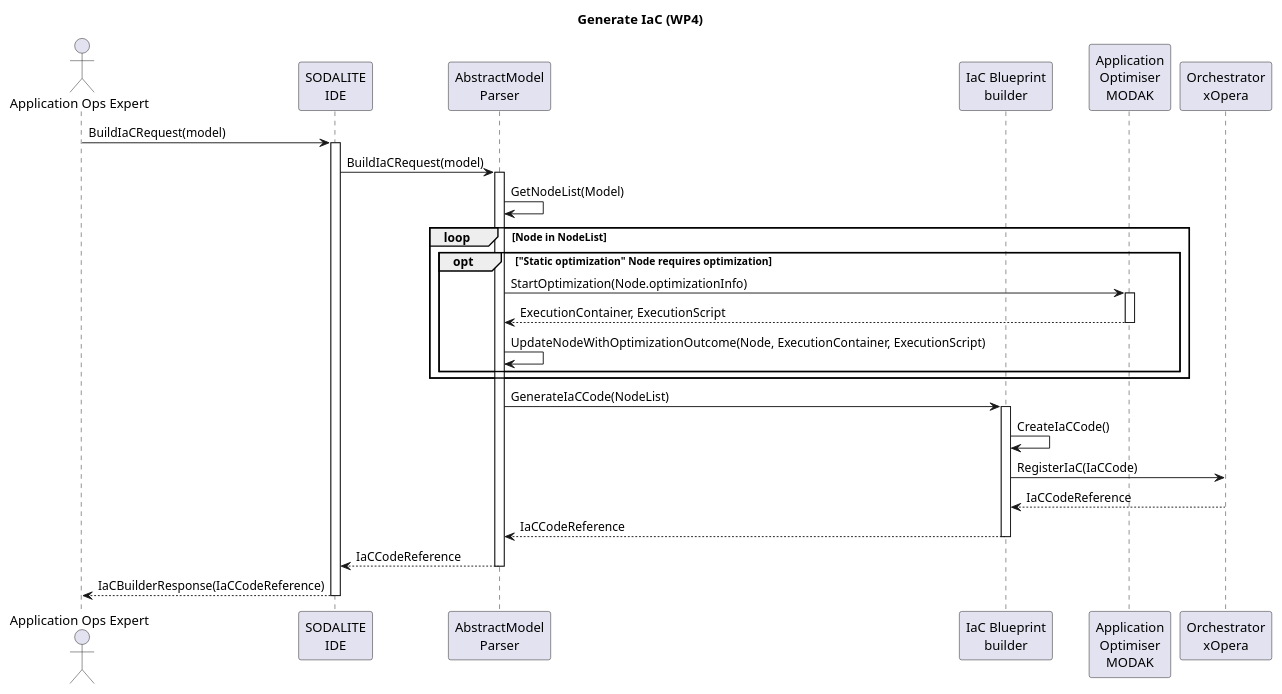
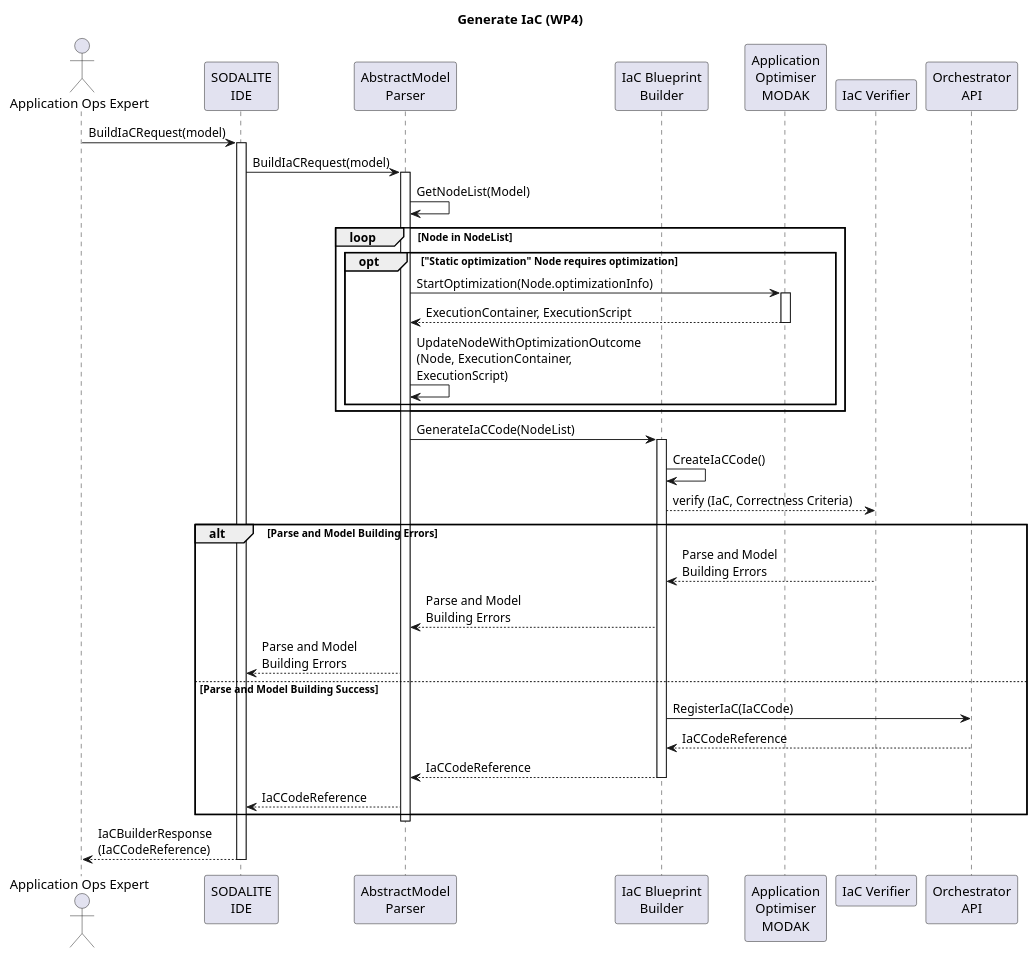
The diagram in uml/sequence-diagrams/UC-03-GenerateIaCcode-WP4.puml (SODALITE-EU/project-wide-documentation), drawn with PlantUML before and after one commit.

Commit message:
UC3 add verifier

```diff
--- a/uml/sequence-diagrams/UC-03-GenerateIaCcode-WP4.puml
+++ b/uml/sequence-diagrams/UC-03-GenerateIaCcode-WP4.puml
@@ -1,52 +1,59 @@
 @startuml
 title Generate IaC (WP4)
 
 'Define user actors
 actor "Application Ops Expert"  as AppOpsExp
 participant "SODALITE\nIDE" as IDE
 participant "AbstractModel\nParser" as SAPC
-participant "IaC Blueprint\nbuilder" as SBBC
+participant "IaC Blueprint\nBuilder" as SBBC
 participant "Application\nOptimiser\nMODAK" as SPOC
-participant "Orchestrator\nxOpera" as orch
+participant "IaC Verifier" as iacv
+participant "Orchestrator\nAPI" as orch
 
 AppOpsExp->IDE: BuildIaCRequest(model)
 
 activate IDE
 
 IDE->SAPC: BuildIaCRequest(model)
 
 activate SAPC
 'prepare a workable node list of the model  - flatten the relationship three
 SAPC->SAPC: GetNodeList(Model)
 
 'Main loop - go through the abstract nodes list
 loop Node in NodeList
 
 
     opt "Static optimization" Node requires optimization
         SAPC->SPOC: StartOptimization(Node.optimizationInfo)
         activate SPOC
         SPOC-->SAPC: ExecutionContainer, ExecutionScript
         deactivate SPOC
-        SAPC->SAPC: UpdateNodeWithOptimizationOutcome(Node, ExecutionContainer, ExecutionScript)
+        SAPC->SAPC: UpdateNodeWithOptimizationOutcome\n(Node, ExecutionContainer,\nExecutionScript)
     end
 
 end
-
 SAPC->SBBC: GenerateIaCCode(NodeList)
 activate SBBC
 SBBC->SBBC: CreateIaCCode()
-SBBC->orch: RegisterIaC(IaCCode)
-orch-->SBBC: IaCCodeReference
-SBBC-->SAPC: IaCCodeReference
+SBBC --> iacv: verify (IaC, Correctness Criteria)
+alt Parse and Model Building Errors
+    iacv --> SBBC: Parse and Model\nBuilding Errors
+    SBBC --> SAPC: Parse and Model\nBuilding Errors
+    SAPC --> IDE: Parse and Model\nBuilding Errors
+else  Parse and Model Building Success
+    SBBC->orch: RegisterIaC(IaCCode)
+    orch-->SBBC: IaCCodeReference
+    SBBC-->SAPC: IaCCodeReference
+
 deactivate SBBC
 
 'Return the reference to compile time information - (eg errors, warnings, information, improvement suggestions - all adressing the abstract model
 SAPC-->IDE: IaCCodeReference
-
+end
 deactivate SAPC
 
-IDE-->AppOpsExp: IaCBuilderResponse(IaCCodeReference)
+IDE-->AppOpsExp: IaCBuilderResponse\n(IaCCodeReference)
 deactivate IDE
 
 @enduml
```
